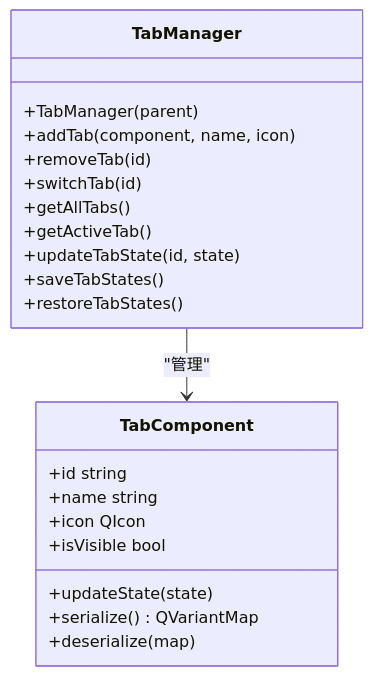
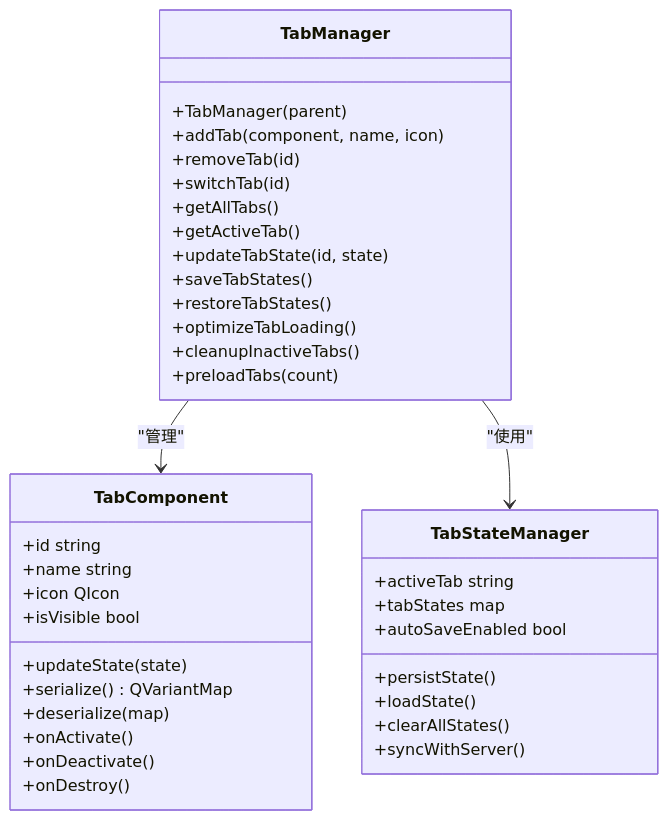
One commit to jakecai1225-design/OpenBus changed diagram 14 of 15 in .qoder/repowiki/zh/content/架构设计/UI系统设计/UI系统设计.md. Above: the diagram before and after it, drawn with Mermaid. The commit also changed other lines of this file and 215 other files, not shown here.

````diff
--- a/.qoder/repowiki/zh/content/架构设计/UI系统设计/UI系统设计.md
+++ b/.qoder/repowiki/zh/content/架构设计/UI系统设计/UI系统设计.md
@@ -1018,24 +883,40 @@
 ```mermaid
 classDiagram
 class TabManager {
 +TabManager(parent)
 +addTab(component, name, icon)
 +removeTab(id)
 +switchTab(id)
 +getAllTabs()
 +getActiveTab()
 +updateTabState(id, state)
 +saveTabStates()
 +restoreTabStates()
++optimizeTabLoading()
++cleanupInactiveTabs()
++preloadTabs(count)
 }
 class TabComponent {
 +id string
 +name string
 +icon QIcon
 +isVisible bool
 +updateState(state)
 +serialize() QVariantMap
 +deserialize(map)
++onActivate()
++onDeactivate()
++onDestroy()
+}
+class TabStateManager {
++activeTab string
++tabStates map
++autoSaveEnabled bool
++persistState()
++loadState()
++clearAllStates()
++syncWithServer()
 }
 TabManager --> TabComponent : "管理"
+TabManager --> TabStateManager : "使用"
 ```
````
